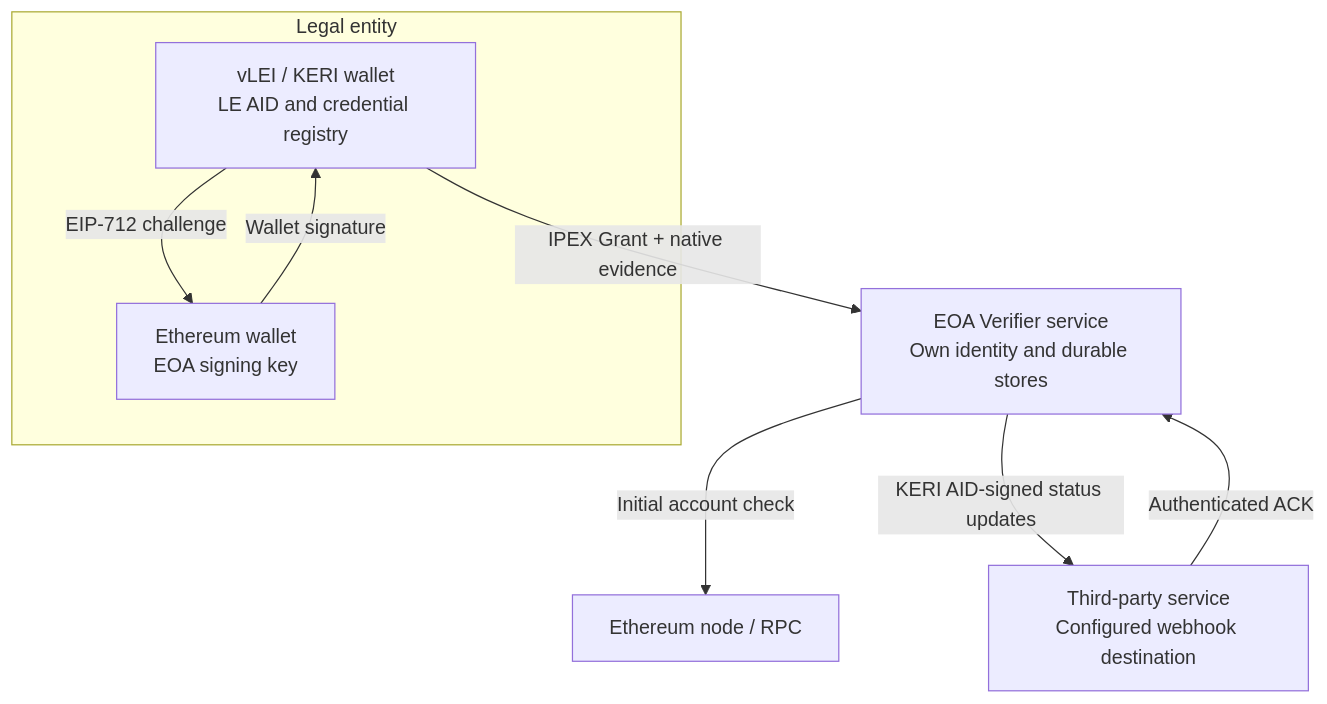
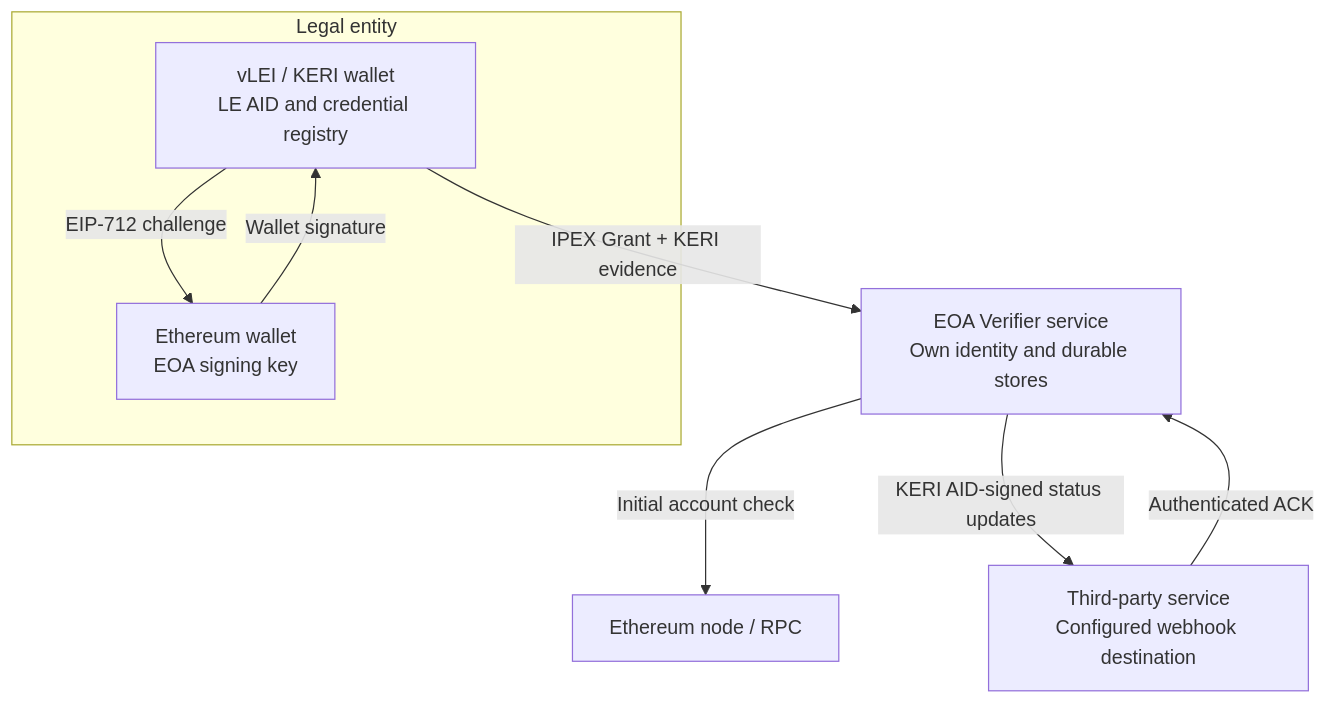
Before and after one commit to GLEIF-IT/eoa-verifier: the first of 2 diagrams in docs/diagrams/deployment/deployment-models.md, drawn with Mermaid. The commit also changed other lines of this file and 48 other files, not shown here.

````diff
--- a/docs/diagrams/deployment/deployment-models.md
+++ b/docs/diagrams/deployment/deployment-models.md
@@ -8,18 +8,18 @@
 ```mermaid
 flowchart TB
     subgraph Entity["Legal entity"]
         KW["vLEI / KERI wallet<br/>LE AID and credential registry"]
         EW["Ethereum wallet<br/>EOA signing key"]
         KW -->|"EIP-712 challenge"| EW
         EW -->|"Wallet signature"| KW
     end
 
     V["EOA Verifier service<br/>Own identity and durable stores"]
     T["Third-party service<br/>Configured webhook destination"]
     ETH["Ethereum node / RPC"]
 
-    KW -->|"IPEX Grant + native evidence"| V
+    KW -->|"IPEX Grant + KERI evidence"| V
     V -->|"Initial account check"| ETH
     V -->|"KERI AID-signed status updates"| T
     T -->|"Authenticated ACK"| V
 ```
````
